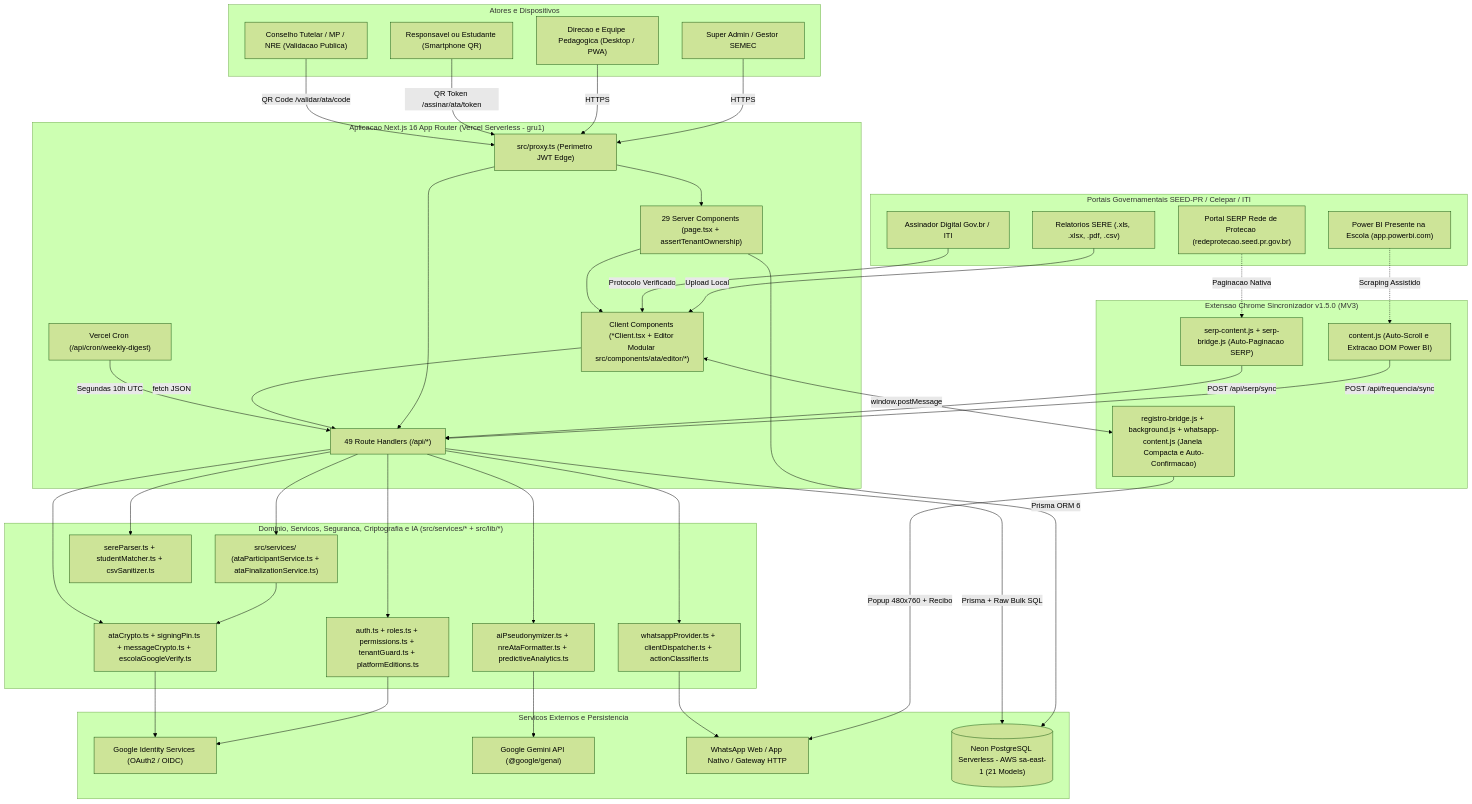
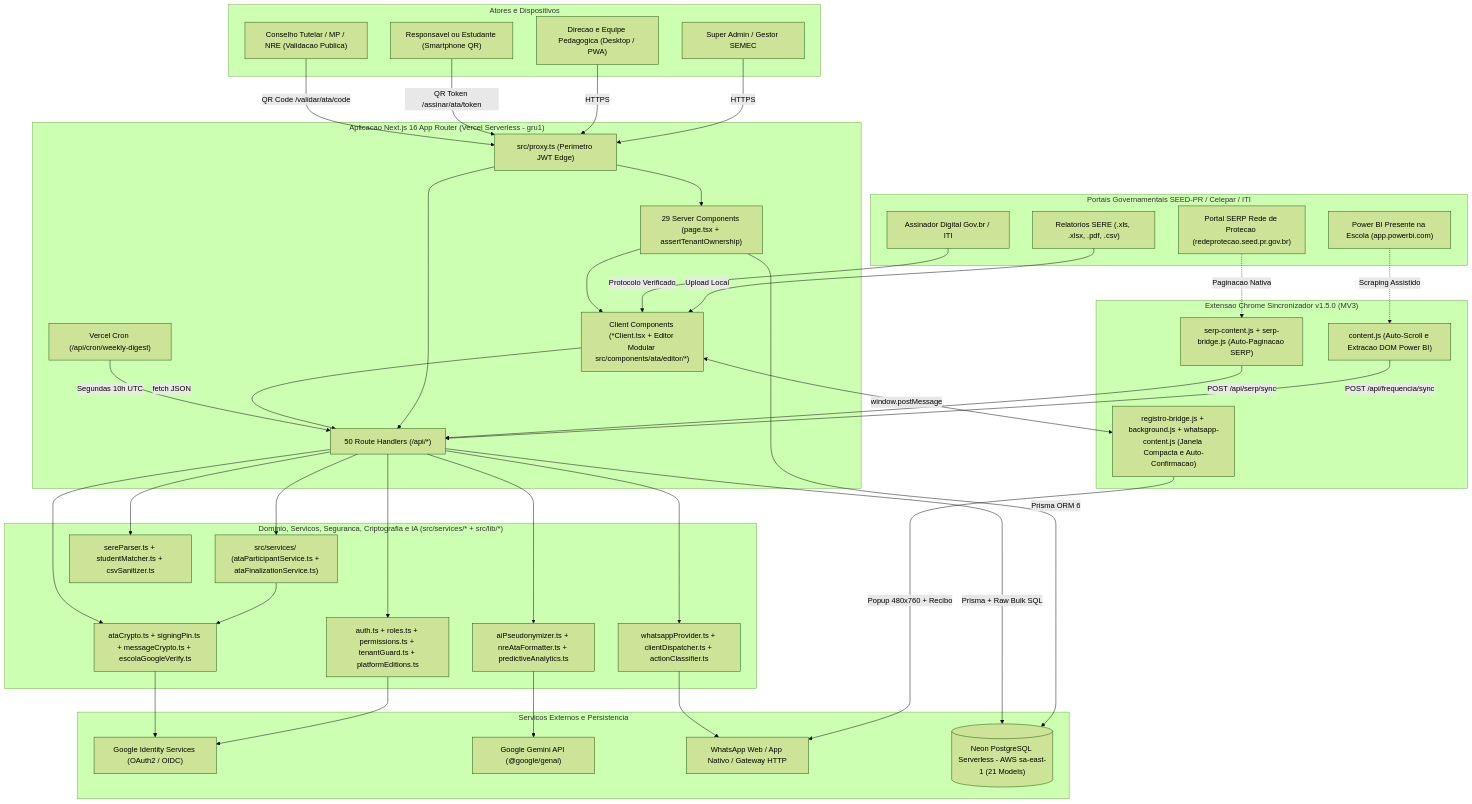
The first of 3 diagrams in docs/ARQUITETURA_E_ENGENHARIA.md (MarcosWrobel/rede-ativa), drawn with Mermaid (forest theme) before and after one commit. The commit also changed other lines of this file and 34 other files, not shown here.

````diff
--- a/docs/ARQUITETURA_E_ENGENHARIA.md
+++ b/docs/ARQUITETURA_E_ENGENHARIA.md
@@ -24,81 +24,81 @@
 ```mermaid
 flowchart TD
     subgraph Actors ["Atores e Dispositivos"]
         SuperAdmin["Super Admin / Gestor SEMEC"]
         Staff["Direcao e Equipe Pedagogica (Desktop / PWA)"]
         Guardian["Responsavel ou Estudante (Smartphone QR)"]
         ExternalAuth["Conselho Tutelar / MP / NRE (Validacao Publica)"]
     end
 
     subgraph GovPortals ["Portais Governamentais SEED-PR / Celepar / ITI"]
         SERE["Relatorios SERE (.xls, .xlsx, .pdf, .csv)"]
         PBI["Power BI Presente na Escola (app.powerbi.com)"]
         SERP["Portal SERP Rede de Protecao (redeprotecao.seed.pr.gov.br)"]
         GovBr["Assinador Digital Gov.br / ITI"]
     end
 
     subgraph Extension ["Extensao Chrome Sincronizador v1.5.0 (MV3)"]
         PBIContent["content.js (Auto-Scroll e Extracao DOM Power BI)"]
         SERPBridge["serp-content.js + serp-bridge.js (Auto-Paginacao SERP)"]
         WABridge["registro-bridge.js + background.js + whatsapp-content.js (Janela Compacta e Auto-Confirmacao)"]
     end
 
     subgraph NextApp ["Aplicacao Next.js 16 App Router (Vercel Serverless - gru1)"]
         EdgeProxy["src/proxy.ts (Perimetro JWT Edge)"]
         RSC["29 Server Components (page.tsx + assertTenantOwnership)"]
         ClientUI["Client Components (*Client.tsx + Editor Modular src/components/ata/editor/*)"]
-        APIRoutes["49 Route Handlers (/api/*)"]
+        APIRoutes["50 Route Handlers (/api/*)"]
         CronJob["Vercel Cron (/api/cron/weekly-digest)"]
     end
 
     subgraph CoreLibs ["Dominio, Servicos, Seguranca, Criptografia e IA (src/services/* + src/lib/*)"]
         DomainServices["src/services/ (ataParticipantService.ts + ataFinalizationService.ts)"]
         AuthLib["auth.ts + roles.ts + permissions.ts + tenantGuard.ts + platformEditions.ts"]
         CryptoLib["ataCrypto.ts + signingPin.ts + messageCrypto.ts + escolaGoogleVerify.ts"]
         ParserLib["sereParser.ts + studentMatcher.ts + csvSanitizer.ts"]
         PrivacyAI["aiPseudonymizer.ts + nreAtaFormatter.ts + predictiveAnalytics.ts"]
         WALib["whatsappProvider.ts + clientDispatcher.ts + actionClassifier.ts"]
     end
 
     subgraph ExternalServices ["Servicos Externos e Persistencia"]
         GoogleOAuth["Google Identity Services (OAuth2 / OIDC)"]
         GeminiAPI["Google Gemini API (@google/genai)"]
         WhatsApp["WhatsApp Web / App Nativo / Gateway HTTP"]
         NeonDB[("Neon PostgreSQL Serverless - AWS sa-east-1 (21 Models)")]
     end
 
     SuperAdmin -->|HTTPS| EdgeProxy
     Staff -->|HTTPS| EdgeProxy
     Guardian -->|QR Token /assinar/ata/token| EdgeProxy
     ExternalAuth -->|QR Code /validar/ata/code| EdgeProxy
 
     SERE -->|Upload Local| ClientUI
     GovBr -->|Protocolo Verificado| ClientUI
     PBI -.->|Scraping Assistido| PBIContent
     SERP -.->|Paginacao Nativa| SERPBridge
     PBIContent -->|POST /api/frequencia/sync| APIRoutes
     SERPBridge -->|POST /api/serp/sync| APIRoutes
     ClientUI <-->|window.postMessage| WABridge
     WABridge -->|Popup 480x760 + Recibo| WhatsApp
 
     EdgeProxy --> RSC
     EdgeProxy --> APIRoutes
     RSC --> ClientUI
     ClientUI -->|fetch JSON| APIRoutes
     CronJob -->|Segundas 10h UTC| APIRoutes
 
     APIRoutes --> DomainServices
     DomainServices --> CryptoLib
     APIRoutes --> AuthLib
     APIRoutes --> CryptoLib
     APIRoutes --> ParserLib
     APIRoutes --> PrivacyAI
     APIRoutes --> WALib
 
     AuthLib --> GoogleOAuth
     CryptoLib --> GoogleOAuth
     PrivacyAI --> GeminiAPI
     WALib --> WhatsApp
     RSC -->|Prisma ORM 6| NeonDB
     APIRoutes -->|Prisma + Raw Bulk SQL| NeonDB
 ```
````
